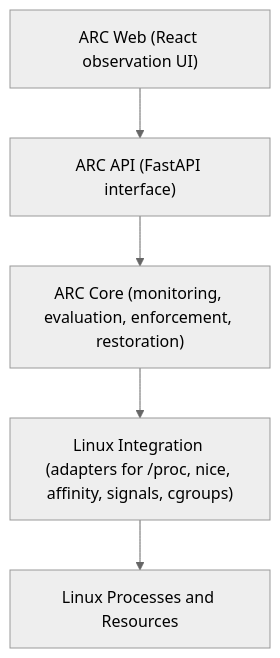
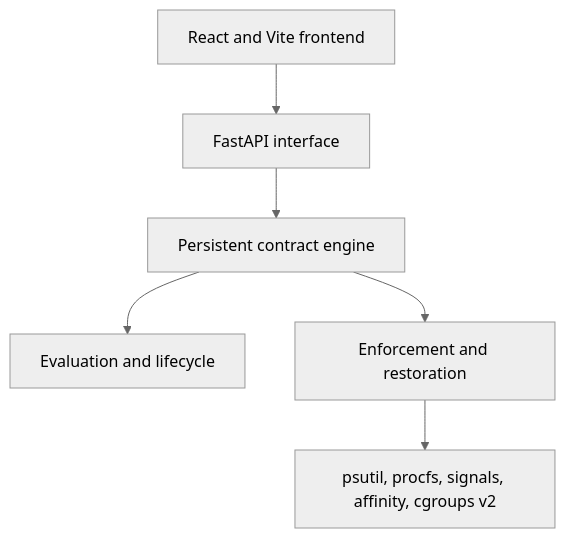
Before and after one commit to shikhar-sahay/arc: the diagram in README.md, drawn with Mermaid (neutral theme). The commit also changed other lines of this file and 12 other files, not shown here.

````diff
--- a/README.md
+++ b/README.md
@@ -47,7 +74,8 @@
 ```mermaid
 flowchart TD
-  Web["ARC Web (React observation UI)"] --> API["ARC API (FastAPI interface)"]
-  API --> Core["ARC Core (monitoring, evaluation, enforcement, restoration)"]
-  Core --> LinuxInt["Linux Integration (adapters for /proc, nice, affinity, signals, cgroups)"]
-  LinuxInt --> Linux["Linux Processes and Resources"]
+  UI[React and Vite frontend] --> API[FastAPI interface]
+  API --> Engine[Persistent contract engine]
+  Engine --> Eval[Evaluation and lifecycle]
+  Engine --> Enforce[Enforcement and restoration]
+  Enforce --> Linux[psutil, procfs, signals, affinity, cgroups v2]
 ```
````
